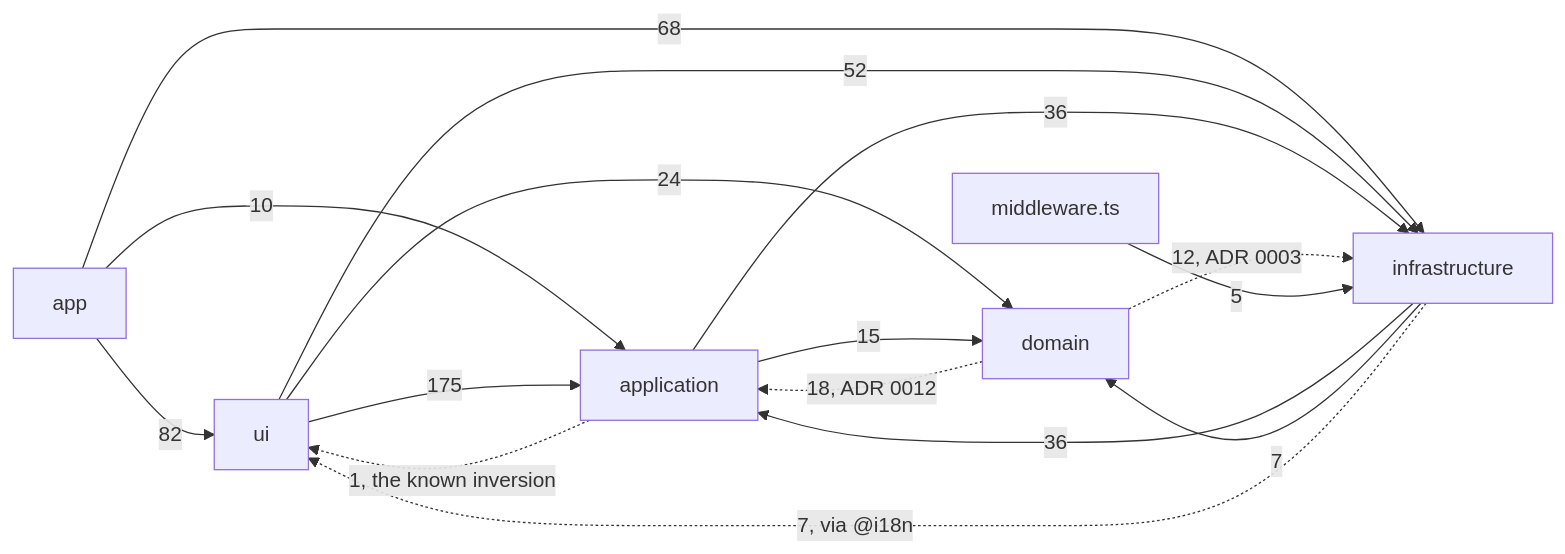
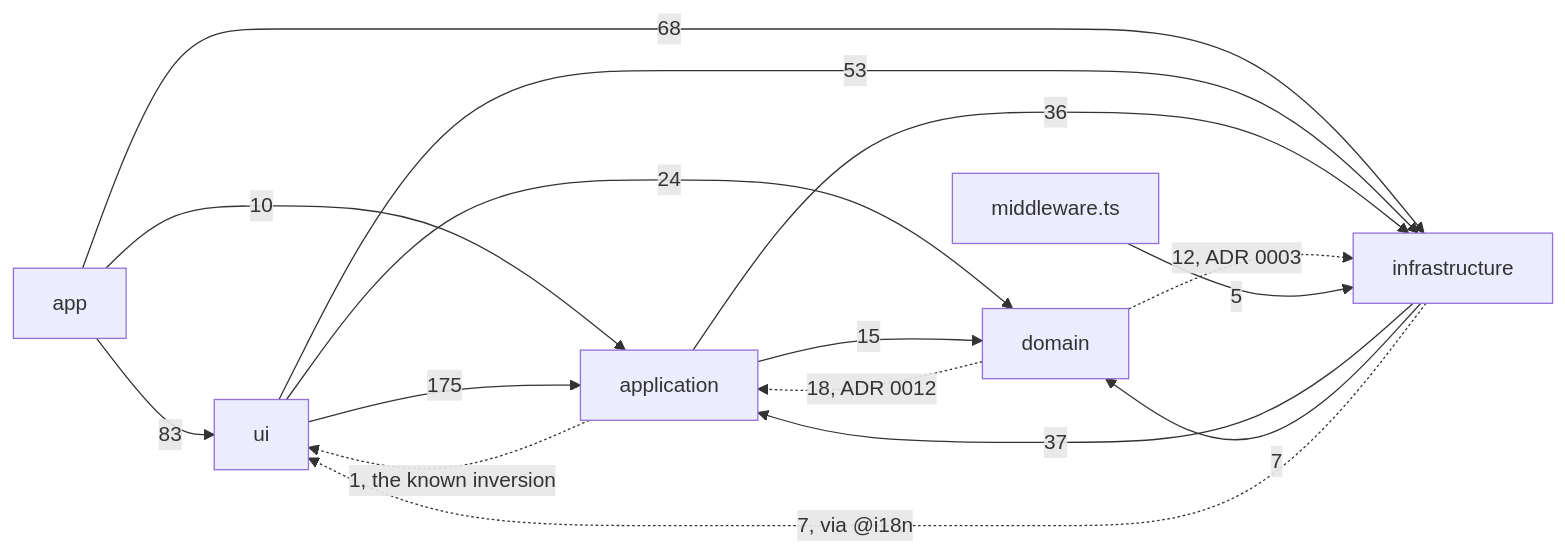
Before and after one commit to fbuireu/forever-pto: the diagram in apps/docs/src/content/docs/architecture/overview.mdx, drawn with Mermaid. The commit also changed other lines of this file and 61 other files, not shown here.

````diff
--- a/apps/docs/src/content/docs/architecture/overview.mdx
+++ b/apps/docs/src/content/docs/architecture/overview.mdx
@@ -47,24 +47,24 @@
 ```mermaid
 flowchart LR
   APP[app]
   UI[ui]
   APPL[application]
   DOM[domain]
   INFRA[infrastructure]
   MW[middleware.ts]
-  APP -->|82| UI
+  APP -->|83| UI
   APP -->|10| APPL
   APP -->|68| INFRA
   UI -->|175| APPL
   UI -->|24| DOM
-  UI -->|52| INFRA
+  UI -->|53| INFRA
   APPL -->|15| DOM
   APPL -->|36| INFRA
   APPL -.->|1, the known inversion| UI
   DOM -.->|18, ADR 0012| APPL
   DOM -.->|12, ADR 0003| INFRA
-  INFRA -->|36| APPL
+  INFRA -->|37| APPL
   INFRA -->|7| DOM
   INFRA -.->|7, via @i18n| UI
   MW -->|5| INFRA
 ```
````
